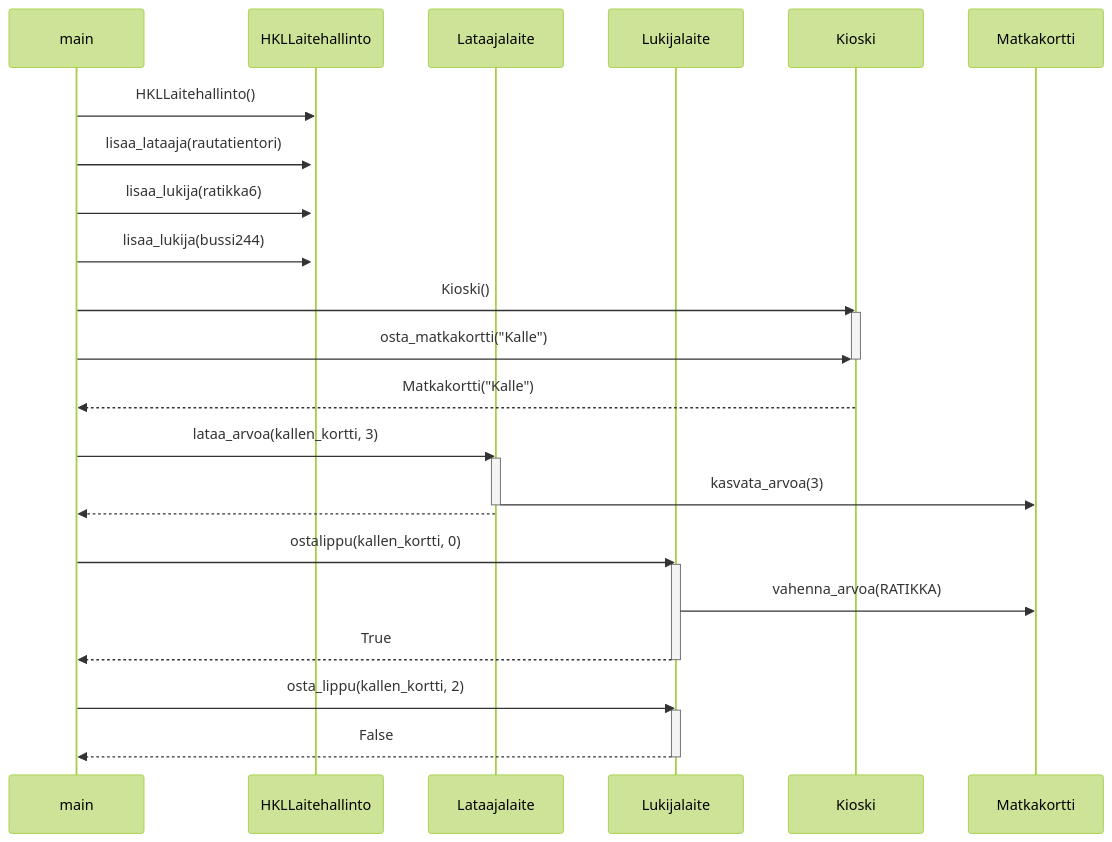
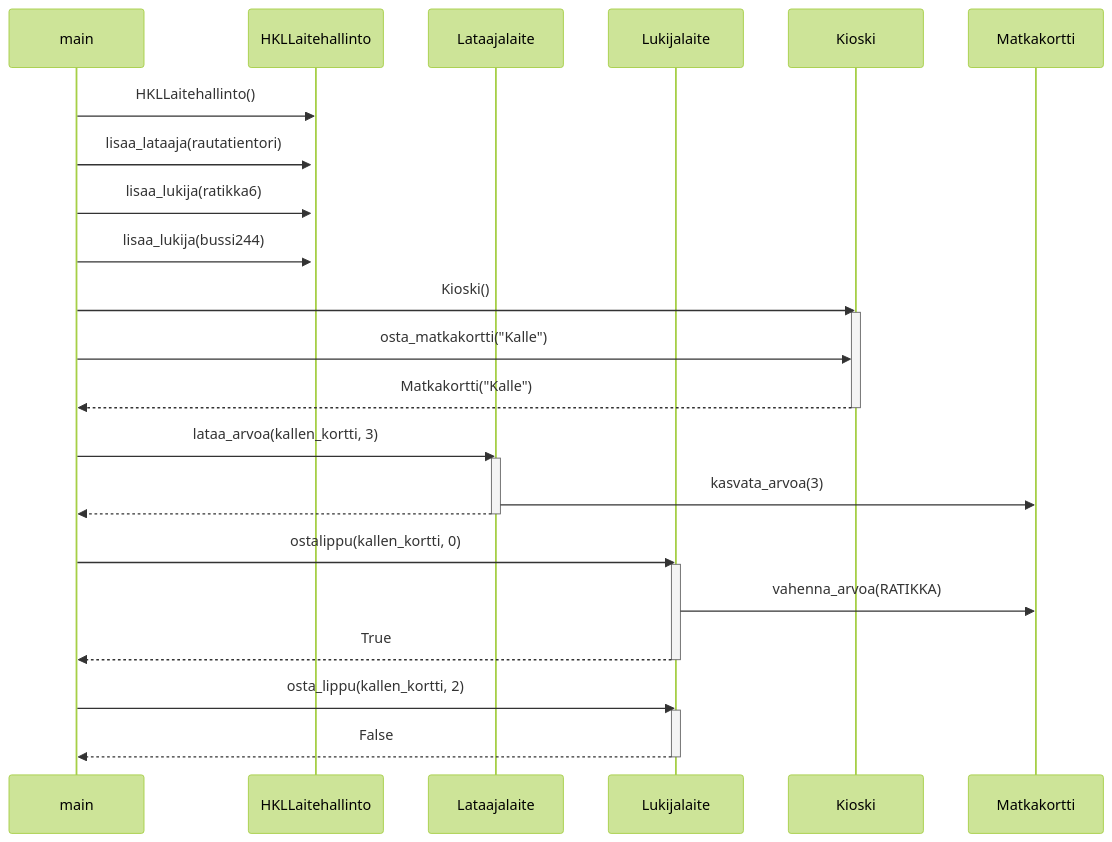
Before and after one commit to brotholi/ot-harjoitustyo: the diagram in laskarit/viikko3/laajempi_sekvenssikaavio.md, drawn with Mermaid (forest theme). The commit also changed other lines of this file, not shown here.

````diff
--- a/laskarit/viikko3/laajempi_sekvenssikaavio.md
+++ b/laskarit/viikko3/laajempi_sekvenssikaavio.md
@@ -3,42 +3,42 @@
 ```mermaid
 sequenceDiagram
   participant main
   participant HKLLaitehallinto
   participant Lataajalaite
   participant Lukijalaite
   participant Kioski
   participant Matkakortti
   
   main->>HKLLaitehallinto: HKLLaitehallinto()
   activate HKLLaitehallinto
  
   main->>HKLLaitehallinto: lisaa_lataaja(rautatientori)
   main->>HKLLaitehallinto: lisaa_lukija(ratikka6)
   main->>HKLLaitehallinto: lisaa_lukija(bussi244)
   
   main->>Kioski: Kioski()
   activate Kioski
   main->>Kioski: osta_matkakortti("Kalle")
+  Kioski-->>main: Matkakortti("Kalle")
   deactivate Kioski
-  Kioski-->>main: Matkakortti("Kalle")
   
   main->>Lataajalaite: lataa_arvoa(kallen_kortti, 3)
   activate Lataajalaite
   Lataajalaite->>Matkakortti: kasvata_arvoa(3)
+  Lataajalaite-->>main:   
   deactivate Lataajalaite
-  Lataajalaite-->>main:   
   
   
   main->>Lukijalaite: ostalippu(kallen_kortti, 0)
   activate Lukijalaite
   Lukijalaite->>Matkakortti: vahenna_arvoa(RATIKKA)
   Lukijalaite-->>main: True
   deactivate Lukijalaite
   
   main->>Lukijalaite: osta_lippu(kallen_kortti, 2)
   activate Lukijalaite
   Lukijalaite-->>main: False
   deactivate Lukijalaite
   
   
   ```
````
